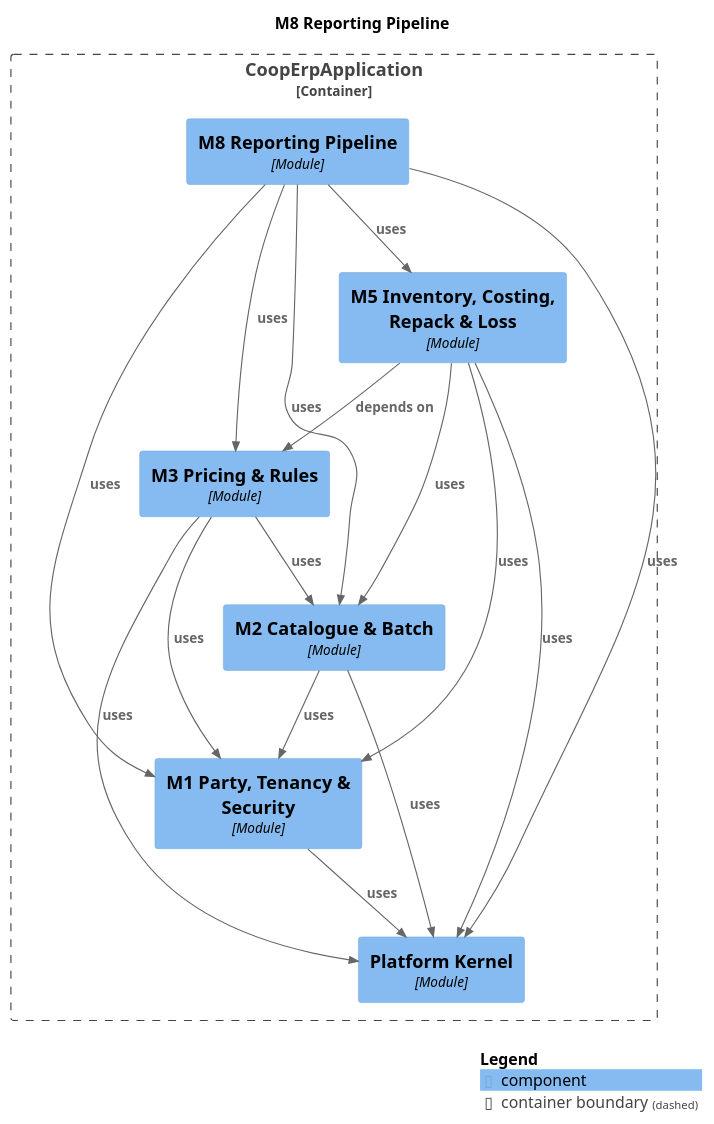
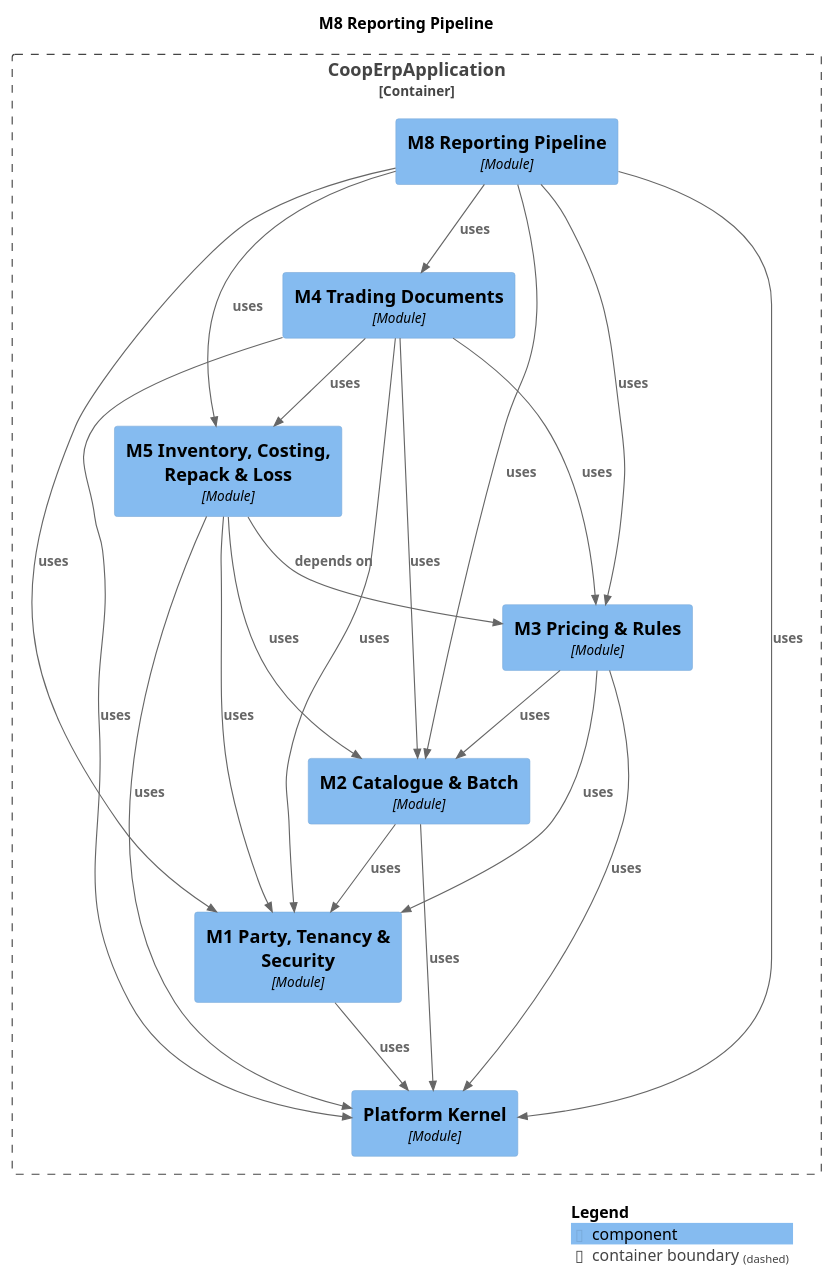
One commit to Knoweb/COOP_ERP changed the diagram in docs/modules/module-m8reporting.puml. Above: the diagram before and after it, drawn with PlantUML. The commit also changed 32 other files, not shown here.

```diff
--- a/docs/modules/module-m8reporting.puml
+++ b/docs/modules/module-m8reporting.puml
@@ -1,37 +1,44 @@
 @startuml
 set separator none
 title M8 Reporting Pipeline
 
 top to bottom direction
 
 !include <C4/C4>
 !include <C4/C4_Context>
 !include <C4/C4_Component>
 
 Container_Boundary("CoopErpApplication.CoopErpApplication_boundary", "CoopErpApplication", $tags="") {
   Component(CoopErpApplication.CoopErpApplication.M3PricingRules, "M3 Pricing & Rules", $techn="Module", $descr="", $tags="", $link="")
   Component(CoopErpApplication.CoopErpApplication.M5InventoryCostingRepackLoss, "M5 Inventory, Costing, Repack & Loss", $techn="Module", $descr="", $tags="", $link="")
+  Component(CoopErpApplication.CoopErpApplication.M4TradingDocuments, "M4 Trading Documents", $techn="Module", $descr="", $tags="", $link="")
   Component(CoopErpApplication.CoopErpApplication.M8ReportingPipeline, "M8 Reporting Pipeline", $techn="Module", $descr="", $tags="", $link="")
   Component(CoopErpApplication.CoopErpApplication.PlatformKernel, "Platform Kernel", $techn="Module", $descr="", $tags="", $link="")
   Component(CoopErpApplication.CoopErpApplication.M1PartyTenancySecurity, "M1 Party, Tenancy & Security", $techn="Module", $descr="", $tags="", $link="")
   Component(CoopErpApplication.CoopErpApplication.M2CatalogueBatch, "M2 Catalogue & Batch", $techn="Module", $descr="", $tags="", $link="")
 }
 
 Rel(CoopErpApplication.CoopErpApplication.M1PartyTenancySecurity, CoopErpApplication.CoopErpApplication.PlatformKernel, "uses", $techn="", $tags="", $link="")
 Rel(CoopErpApplication.CoopErpApplication.M2CatalogueBatch, CoopErpApplication.CoopErpApplication.M1PartyTenancySecurity, "uses", $techn="", $tags="", $link="")
 Rel(CoopErpApplication.CoopErpApplication.M2CatalogueBatch, CoopErpApplication.CoopErpApplication.PlatformKernel, "uses", $techn="", $tags="", $link="")
 Rel(CoopErpApplication.CoopErpApplication.M3PricingRules, CoopErpApplication.CoopErpApplication.M1PartyTenancySecurity, "uses", $techn="", $tags="", $link="")
 Rel(CoopErpApplication.CoopErpApplication.M3PricingRules, CoopErpApplication.CoopErpApplication.M2CatalogueBatch, "uses", $techn="", $tags="", $link="")
 Rel(CoopErpApplication.CoopErpApplication.M3PricingRules, CoopErpApplication.CoopErpApplication.PlatformKernel, "uses", $techn="", $tags="", $link="")
+Rel(CoopErpApplication.CoopErpApplication.M4TradingDocuments, CoopErpApplication.CoopErpApplication.M1PartyTenancySecurity, "uses", $techn="", $tags="", $link="")
+Rel(CoopErpApplication.CoopErpApplication.M4TradingDocuments, CoopErpApplication.CoopErpApplication.M2CatalogueBatch, "uses", $techn="", $tags="", $link="")
+Rel(CoopErpApplication.CoopErpApplication.M4TradingDocuments, CoopErpApplication.CoopErpApplication.M3PricingRules, "uses", $techn="", $tags="", $link="")
+Rel(CoopErpApplication.CoopErpApplication.M4TradingDocuments, CoopErpApplication.CoopErpApplication.M5InventoryCostingRepackLoss, "uses", $techn="", $tags="", $link="")
+Rel(CoopErpApplication.CoopErpApplication.M4TradingDocuments, CoopErpApplication.CoopErpApplication.PlatformKernel, "uses", $techn="", $tags="", $link="")
 Rel(CoopErpApplication.CoopErpApplication.M5InventoryCostingRepackLoss, CoopErpApplication.CoopErpApplication.M1PartyTenancySecurity, "uses", $techn="", $tags="", $link="")
 Rel(CoopErpApplication.CoopErpApplication.M5InventoryCostingRepackLoss, CoopErpApplication.CoopErpApplication.M2CatalogueBatch, "uses", $techn="", $tags="", $link="")
 Rel(CoopErpApplication.CoopErpApplication.M5InventoryCostingRepackLoss, CoopErpApplication.CoopErpApplication.M3PricingRules, "depends on", $techn="", $tags="", $link="")
 Rel(CoopErpApplication.CoopErpApplication.M5InventoryCostingRepackLoss, CoopErpApplication.CoopErpApplication.PlatformKernel, "uses", $techn="", $tags="", $link="")
 Rel(CoopErpApplication.CoopErpApplication.M8ReportingPipeline, CoopErpApplication.CoopErpApplication.M1PartyTenancySecurity, "uses", $techn="", $tags="", $link="")
 Rel(CoopErpApplication.CoopErpApplication.M8ReportingPipeline, CoopErpApplication.CoopErpApplication.M2CatalogueBatch, "uses", $techn="", $tags="", $link="")
 Rel(CoopErpApplication.CoopErpApplication.M8ReportingPipeline, CoopErpApplication.CoopErpApplication.M3PricingRules, "uses", $techn="", $tags="", $link="")
+Rel(CoopErpApplication.CoopErpApplication.M8ReportingPipeline, CoopErpApplication.CoopErpApplication.M4TradingDocuments, "uses", $techn="", $tags="", $link="")
 Rel(CoopErpApplication.CoopErpApplication.M8ReportingPipeline, CoopErpApplication.CoopErpApplication.M5InventoryCostingRepackLoss, "uses", $techn="", $tags="", $link="")
 Rel(CoopErpApplication.CoopErpApplication.M8ReportingPipeline, CoopErpApplication.CoopErpApplication.PlatformKernel, "uses", $techn="", $tags="", $link="")
 
 SHOW_LEGEND(true)
 @enduml
```
